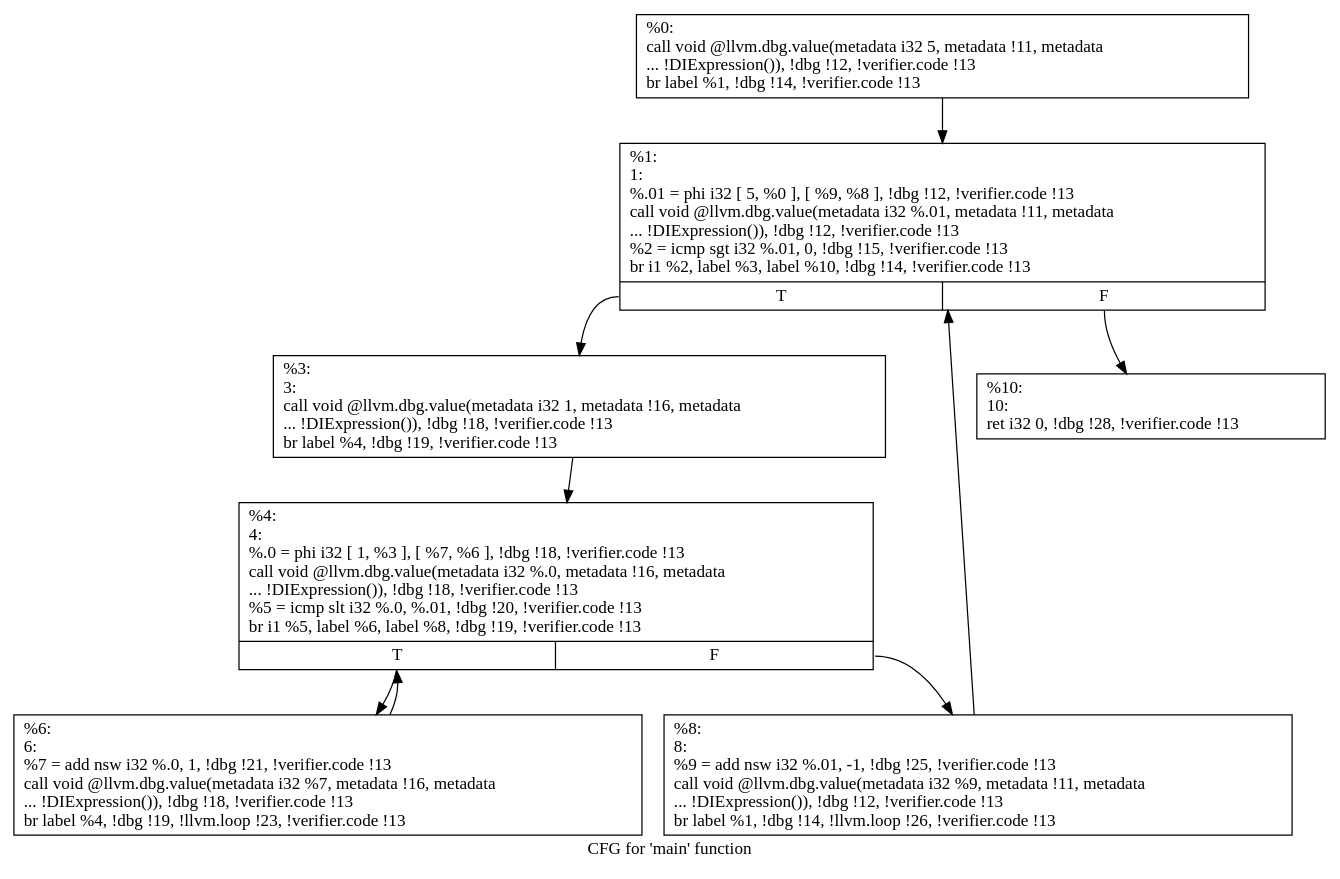
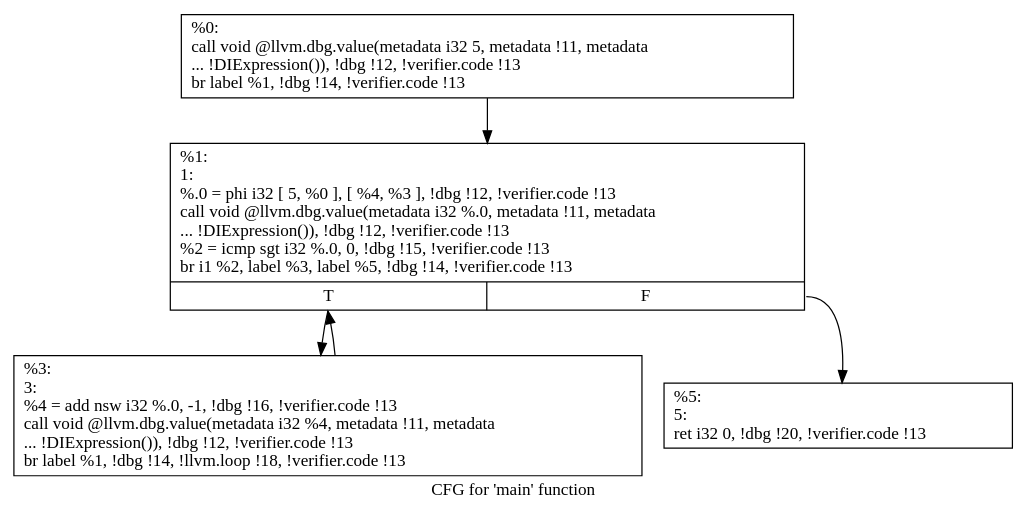
One commit to SpencerL-Y/SESL changed the diagram in testcases/tercases/.main.dot. Above: the diagram before and after it, drawn with Graphviz. The commit also changed 7 other files, not shown here.

```diff
--- a/testcases/tercases/.main.dot
+++ b/testcases/tercases/.main.dot
@@ -1,19 +1,12 @@
 digraph "CFG for 'main' function" {
 	label="CFG for 'main' function";
 
-	Node0x5628904af9b0 [shape=record,label="{%0:\l  call void @llvm.dbg.value(metadata i32 5, metadata !11, metadata\l... !DIExpression()), !dbg !12, !verifier.code !13\l  br label %1, !dbg !14, !verifier.code !13\l}"];
-	Node0x5628904af9b0 -> Node0x5628904b20d0;
-	Node0x5628904b20d0 [shape=record,label="{%1:\l1:                                                \l  %.01 = phi i32 [ 5, %0 ], [ %9, %8 ], !dbg !12, !verifier.code !13\l  call void @llvm.dbg.value(metadata i32 %.01, metadata !11, metadata\l... !DIExpression()), !dbg !12, !verifier.code !13\l  %2 = icmp sgt i32 %.01, 0, !dbg !15, !verifier.code !13\l  br i1 %2, label %3, label %10, !dbg !14, !verifier.code !13\l|{<s0>T|<s1>F}}"];
-	Node0x5628904b20d0:s0 -> Node0x5628904b3530;
-	Node0x5628904b20d0:s1 -> Node0x5628904b35c0;
-	Node0x5628904b3530 [shape=record,label="{%3:\l3:                                                \l  call void @llvm.dbg.value(metadata i32 1, metadata !16, metadata\l... !DIExpression()), !dbg !18, !verifier.code !13\l  br label %4, !dbg !19, !verifier.code !13\l}"];
-	Node0x5628904b3530 -> Node0x5628904b4120;
-	Node0x5628904b4120 [shape=record,label="{%4:\l4:                                                \l  %.0 = phi i32 [ 1, %3 ], [ %7, %6 ], !dbg !18, !verifier.code !13\l  call void @llvm.dbg.value(metadata i32 %.0, metadata !16, metadata\l... !DIExpression()), !dbg !18, !verifier.code !13\l  %5 = icmp slt i32 %.0, %.01, !dbg !20, !verifier.code !13\l  br i1 %5, label %6, label %8, !dbg !19, !verifier.code !13\l|{<s0>T|<s1>F}}"];
-	Node0x5628904b4120:s0 -> Node0x5628904b4360;
-	Node0x5628904b4120:s1 -> Node0x5628904b2940;
-	Node0x5628904b4360 [shape=record,label="{%6:\l6:                                                \l  %7 = add nsw i32 %.0, 1, !dbg !21, !verifier.code !13\l  call void @llvm.dbg.value(metadata i32 %7, metadata !16, metadata\l... !DIExpression()), !dbg !18, !verifier.code !13\l  br label %4, !dbg !19, !llvm.loop !23, !verifier.code !13\l}"];
-	Node0x5628904b4360 -> Node0x5628904b4120;
-	Node0x5628904b2940 [shape=record,label="{%8:\l8:                                                \l  %9 = add nsw i32 %.01, -1, !dbg !25, !verifier.code !13\l  call void @llvm.dbg.value(metadata i32 %9, metadata !11, metadata\l... !DIExpression()), !dbg !12, !verifier.code !13\l  br label %1, !dbg !14, !llvm.loop !26, !verifier.code !13\l}"];
-	Node0x5628904b2940 -> Node0x5628904b20d0;
-	Node0x5628904b35c0 [shape=record,label="{%10:\l10:                                               \l  ret i32 0, !dbg !28, !verifier.code !13\l}"];
+	Node0x559c67273480 [shape=record,label="{%0:\l  call void @llvm.dbg.value(metadata i32 5, metadata !11, metadata\l... !DIExpression()), !dbg !12, !verifier.code !13\l  br label %1, !dbg !14, !verifier.code !13\l}"];
+	Node0x559c67273480 -> Node0x559c67275ba0;
+	Node0x559c67275ba0 [shape=record,label="{%1:\l1:                                                \l  %.0 = phi i32 [ 5, %0 ], [ %4, %3 ], !dbg !12, !verifier.code !13\l  call void @llvm.dbg.value(metadata i32 %.0, metadata !11, metadata\l... !DIExpression()), !dbg !12, !verifier.code !13\l  %2 = icmp sgt i32 %.0, 0, !dbg !15, !verifier.code !13\l  br i1 %2, label %3, label %5, !dbg !14, !verifier.code !13\l|{<s0>T|<s1>F}}"];
+	Node0x559c67275ba0:s0 -> Node0x559c67276410;
+	Node0x559c67275ba0:s1 -> Node0x559c67277000;
+	Node0x559c67276410 [shape=record,label="{%3:\l3:                                                \l  %4 = add nsw i32 %.0, -1, !dbg !16, !verifier.code !13\l  call void @llvm.dbg.value(metadata i32 %4, metadata !11, metadata\l... !DIExpression()), !dbg !12, !verifier.code !13\l  br label %1, !dbg !14, !llvm.loop !18, !verifier.code !13\l}"];
+	Node0x559c67276410 -> Node0x559c67275ba0;
+	Node0x559c67277000 [shape=record,label="{%5:\l5:                                                \l  ret i32 0, !dbg !20, !verifier.code !13\l}"];
 }
```
